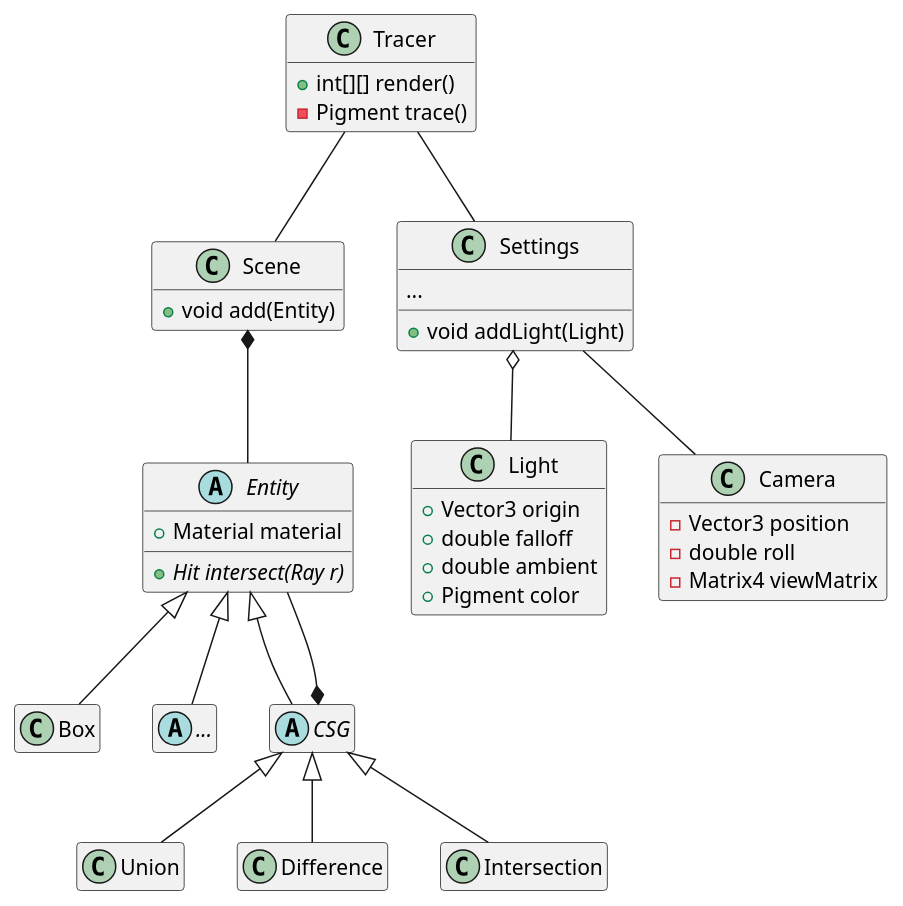
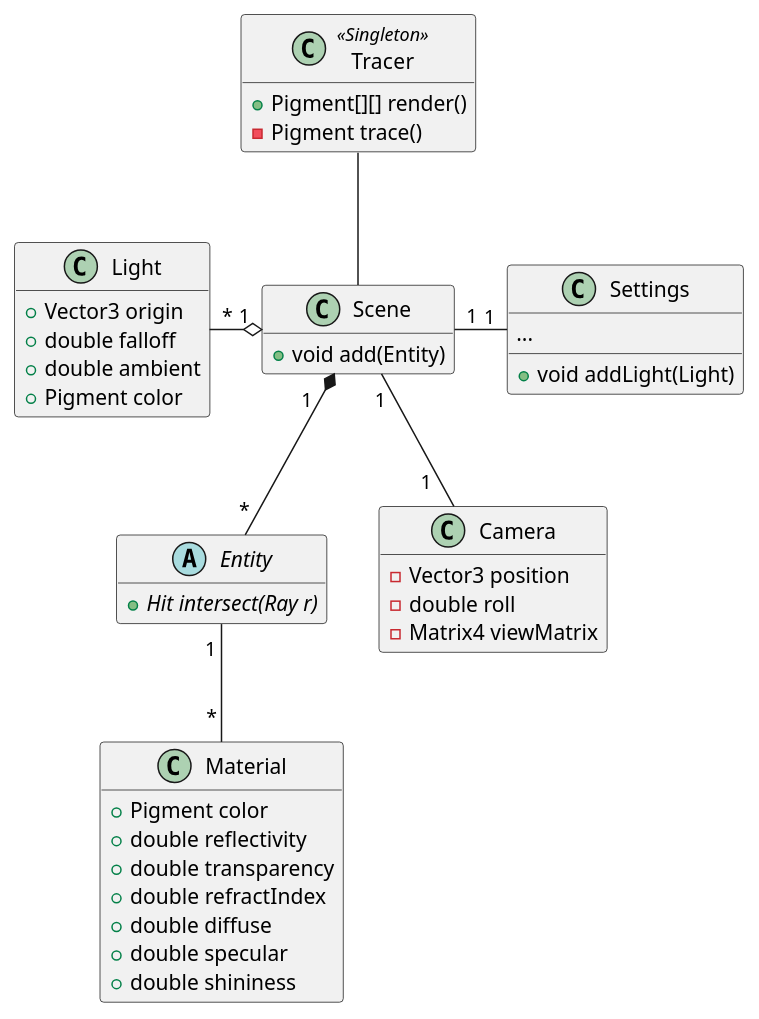
The diagram in doc/uml/rendering.puml (Tenchi2xh/CRT), drawn with PlantUML before and after one commit. The commit also changed 8 other files, not shown here.

```diff
--- a/doc/uml/rendering.puml
+++ b/doc/uml/rendering.puml
@@ -1,72 +1,70 @@
 @startuml
 
 set namespaceSeparator none
 hide empty members
 
-class Tracer {
-    + int[][] render()
+class Tracer <<Singleton>> {
+    + Pigment[][] render()
     - Pigment trace()
 }
 
 hide Tracer fields
 
 class Scene {
     + void add(Entity)
 }
 
 hide Scene fields
 
 class Settings {
     ...
     + void addLight(Light)
 }
 
 class Light {
     + Vector3 origin
     + double falloff
     + double ambient
     + Pigment color
 }
 
 hide Light methods
 
 abstract class Entity {
-    + Material material
     + {abstract} Hit intersect(Ray r)
 }
+
+hide Entity attributes
+
+class Material {
+    + Pigment color
+    + double reflectivity
+    + double transparency
+    + double refractIndex
+    + double diffuse
+    + double specular
+    + double shininess
+}
+
+hide Material methods
 
 class Camera {
     - Vector3 position
     - double roll
     - Matrix4 viewMatrix
 }
 
 hide Camera methods
 
-class Box
-abstract class "..."
 
-abstract class CSG
-class Union
-class Difference
-class Intersection
+Entity "1 " -- " * " Material
 
-Settings o-- Light
-Settings -- Camera
+Scene "1" o-left- "*" Light
+Scene "1" -- "1   " Camera
+Scene "1   " *-- "*" Entity
 
-Entity <|-- Box
-Entity <|-- "..."
-Entity <|-- CSG
-
-CSG *-- Entity
-
-Scene *-- Entity
-
-Tracer -- Settings
+Scene "1" -right- "1" Settings
 Tracer -- Scene
 
-CSG <|-- Union
-CSG <|-- Difference
-CSG <|-- Intersection
 
 @enduml
```
